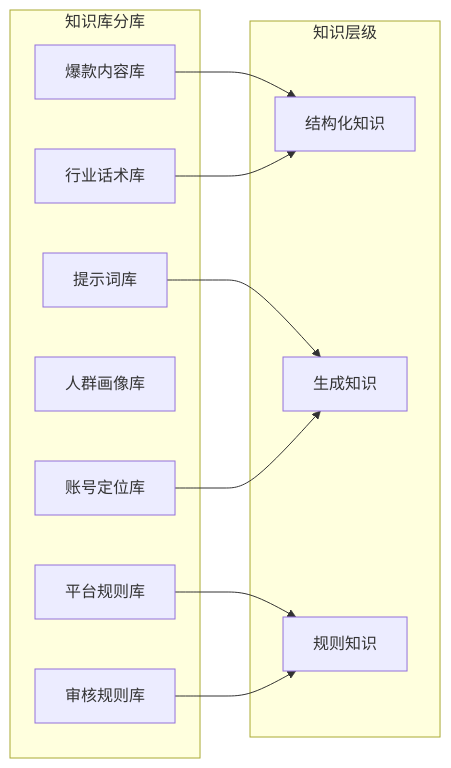
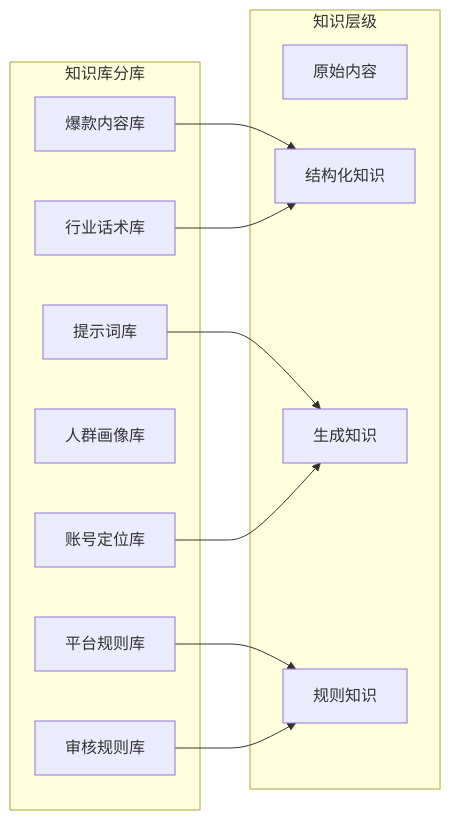
The eighth of 8 diagrams in .qoder/repowiki/zh/content/内容采集系统/MVP内容管理系统.md (dream-ze/AI_huoke-), drawn with Mermaid before and after one commit. The commit also changed other lines of this file and 64 other files, not shown here.

````diff
--- a/.qoder/repowiki/zh/content/内容采集系统/MVP内容管理系统.md
+++ b/.qoder/repowiki/zh/content/内容采集系统/MVP内容管理系统.md
@@ -437,23 +607,24 @@
 ```mermaid
 graph LR
 subgraph "知识库分库"
 Hot[爆款内容库]
 Industry[行业话术库]
 Platform[平台规则库]
 Audience[人群画像库]
 Account[账号定位库]
 Prompt[提示词库]
 Compliance[审核规则库]
 end
 subgraph "知识层级"
+Raw[原始内容]
 Structured[结构化知识]
 Generation[生成知识]
 Rule[规则知识]
 end
 Hot --> Structured
 Industry --> Structured
 Platform --> Rule
 Compliance --> Rule
 Prompt --> Generation
 Account --> Generation
 ```
````
